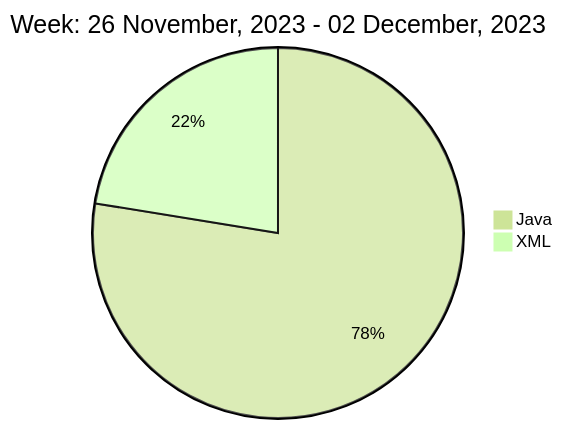
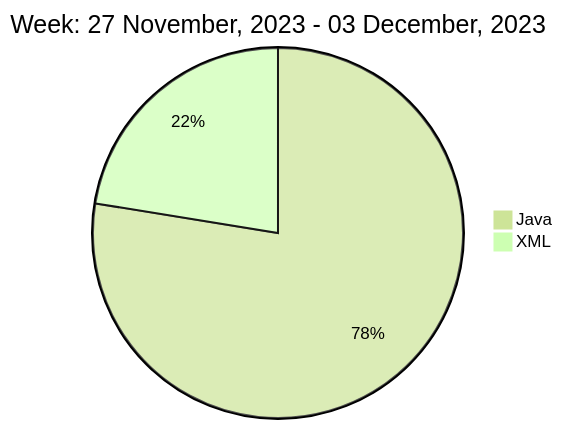
One commit to liubin95/liubin95 changed the diagram in README.md. Above: the diagram before and after it, drawn with Mermaid (forest theme).

Commit message:
Updated the Graph with new Metrics

````diff
--- a/README.md
+++ b/README.md
@@ -37,6 +37,6 @@
 ```mermaid
  pie
-title Week: 26 November, 2023 - 02 December, 2023
+title Week: 27 November, 2023 - 03 December, 2023
  "Java" : 6.67
  "XML" : 1.93
 ```
````
